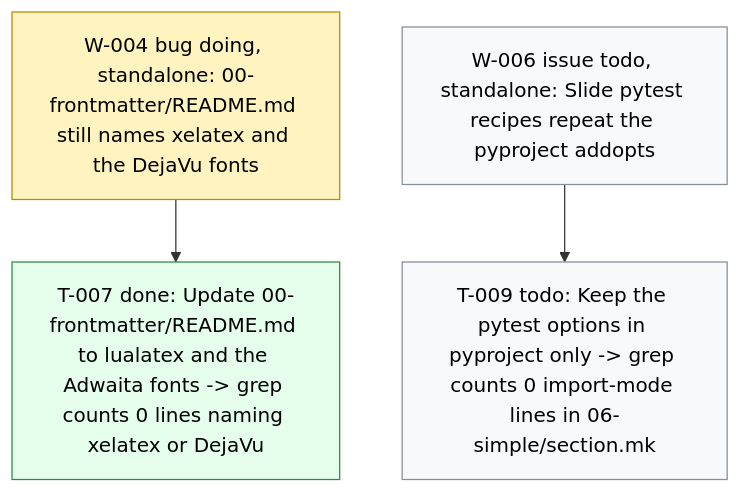
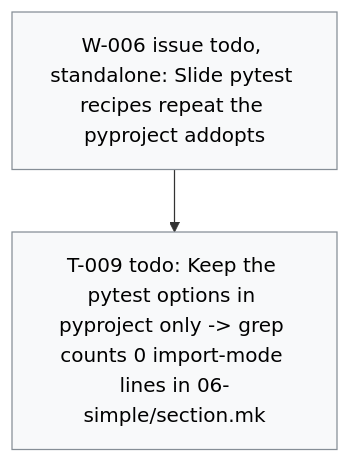
Before and after one commit to dpopchev/chaos-to-simple: the diagram in .board/BOARD.md, drawn with Mermaid. The commit also changed other lines of this file and 2 other files, not shown here.

````diff
--- a/.board/BOARD.md
+++ b/.board/BOARD.md
@@ -42,15 +47,11 @@
 ```mermaid
 flowchart TD
-  W004["W-004 bug doing, standalone: 00-frontmatter/README.md still names xelatex and the DejaVu fonts"]
-  W004 --> T007["T-007 done: Update 00-frontmatter/README.md to lualatex and the Adwaita fonts -> grep counts 0 lines naming xelatex or DejaVu"]
   W006["W-006 issue todo, standalone: Slide pytest recipes repeat the pyproject addopts"]
   W006 --> T009["T-009 todo: Keep the pytest options in pyproject only -> grep counts 0 import-mode lines in 06-simple/section.mk"]
   classDef doing fill:#fff3bf,stroke:#b58900,color:#000;
   classDef blocked fill:#ffe3e3,stroke:#c92a2a,color:#000;
   classDef done fill:#e6ffed,stroke:#2b8a3e,color:#000;
   classDef todo fill:#f8f9fa,stroke:#868e96,color:#000;
   classDef pruned fill:#f1f3f5,stroke:#adb5bd,color:#000;
-  class W004 doing
-  class T007 done
   class W006,T009 todo
 ```
````
